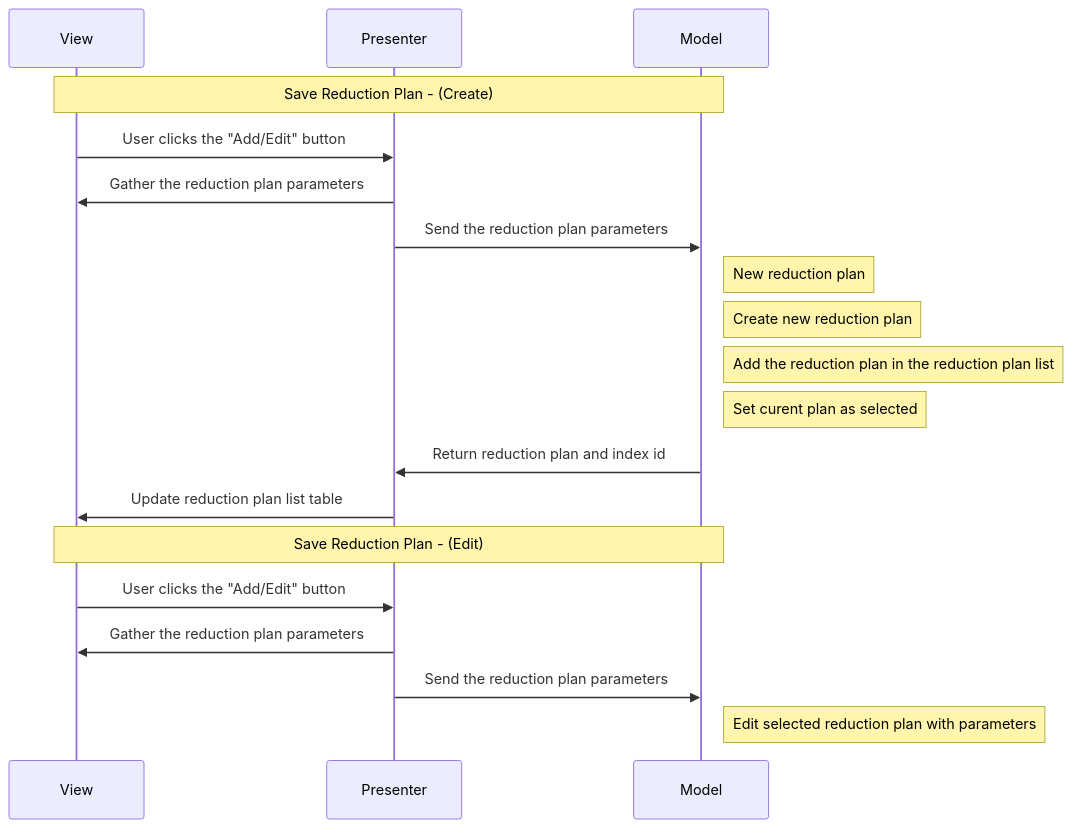
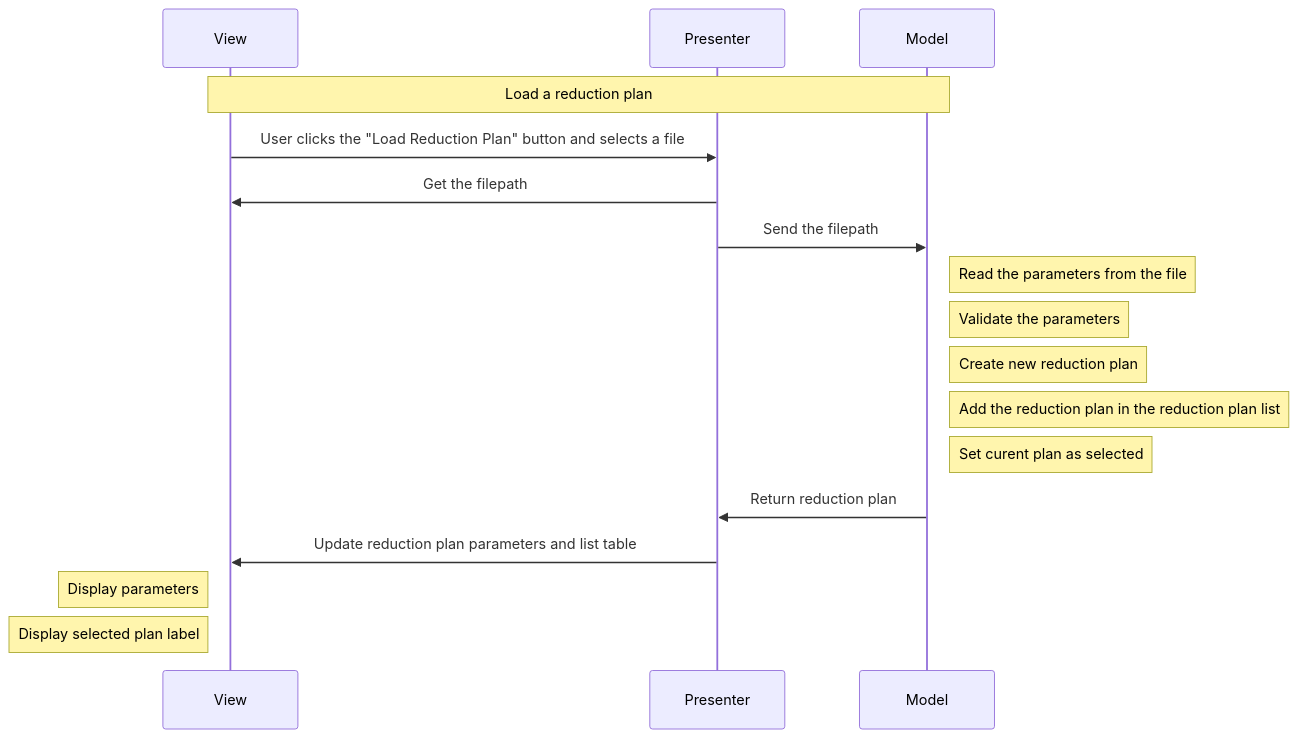
The sixth of 14 diagrams in docs/source/design/reduction_plan_mvp.rst (neutrons/garnet), drawn with Mermaid before and after one commit. The commit also changed other lines of this file and 4 other files, not shown here.

```diff
--- a/docs/source/design/reduction_plan_mvp.rst
+++ b/docs/source/design/reduction_plan_mvp.rst
@@ -267,23 +335,20 @@
-.. mermaid::
+    .. mermaid::
 
-    sequenceDiagram
-        participant View
-        participant Presenter
-        participant Model
+        sequenceDiagram
+            participant View
+            participant Presenter
+            participant Model
 
-        Note over View,Model: Save Reduction Plan - (Create)
-        View->>Presenter: User clicks the "Add/Edit" button
-        Presenter->>View: Gather the reduction plan parameters
-        Presenter->>Model: Send the reduction plan parameters
-        Note right of Model: New reduction plan
-        Note right of Model: Create new reduction plan
-        Note right of Model: Add the reduction plan in the reduction plan list
-        Note right of Model: Set curent plan as selected
-        Model->>Presenter: Return reduction plan and index id
-        Presenter->>View: Update reduction plan list table
-
-        Note over View,Model: Save Reduction Plan - (Edit)
-        View->>Presenter: User clicks the "Add/Edit" button
-        Presenter->>View: Gather the reduction plan parameters
-        Presenter->>Model: Send the reduction plan parameters
-        Note right of Model: Edit selected reduction plan with parameters
+            Note over View,Model: Load a reduction plan
+            View->>Presenter: User clicks the "Load Reduction Plan" button and selects a file
+            Presenter->>View: Get the filepath
+            Presenter->>Model: Send the filepath
+            Note right of Model: Read the parameters from the file
+            Note right of Model: Validate the parameters
+            Note right of Model: Create new reduction plan
+            Note right of Model: Add the reduction plan in the reduction plan list
+            Note right of Model: Set curent plan as selected
+            Model->>Presenter: Return reduction plan
+            Presenter->>View: Update reduction plan parameters and list table
+            Note left of View: Display parameters
+            Note left of View: Display selected plan label
```
